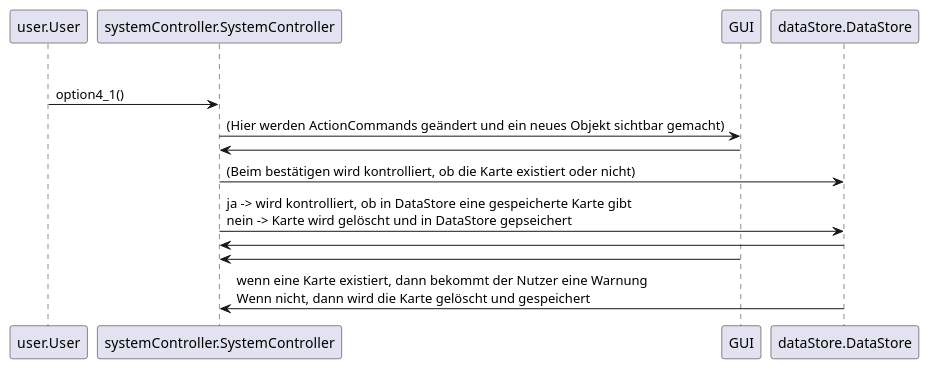
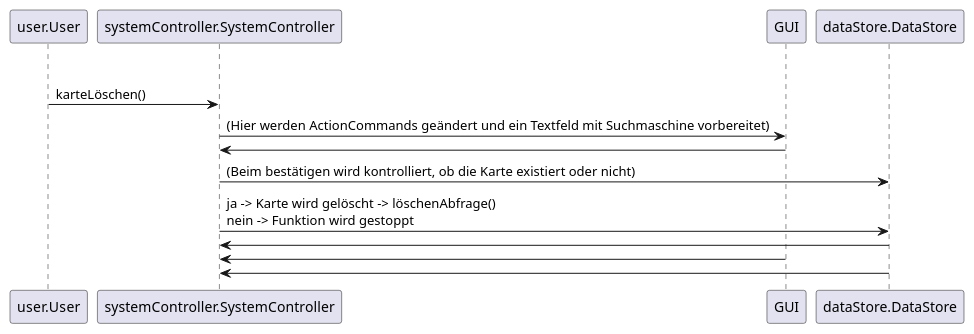
The fourth of 4 diagrams in Docs/Pflichtenheft/Diagramme/Seque.iuml (teach404W/Verwaltungssoftware_Team_2), drawn with PlantUML before and after one commit. The commit also changed other lines of this file and 12 other files, not shown here.

```diff
--- a/Docs/Pflichtenheft/Diagramme/Seque.iuml
+++ b/Docs/Pflichtenheft/Diagramme/Seque.iuml
@@ -103,12 +103,12 @@
 @startuml 
 group Karte löschen [Karte löschen]
-       user.User -> "systemController.SystemController" : option4_1()
-        systemController.SystemController -> GUI : (Hier werden ActionCommands geändert und ein neues Objekt sichtbar gemacht)
+       user.User -> "systemController.SystemController" : karteLöschen()
+        systemController.SystemController -> GUI : (Hier werden ActionCommands geändert und ein Textfeld mit Suchmaschine vorbereitet)
         GUI -> systemController.SystemController : 
         systemController.SystemController -> dataStore.DataStore : (Beim bestätigen wird kontrolliert, ob die Karte existiert oder nicht)
-        systemController.SystemController -> dataStore.DataStore :  ja -> wird kontrolliert, ob in DataStore eine gespeicherte Karte gibt \nnein -> Karte wird gelöscht und in DataStore gepseichert
+        systemController.SystemController -> dataStore.DataStore :  ja -> Karte wird gelöscht -> löschenAbfrage() \nnein -> Funktion wird gestoppt
         dataStore.DataStore -> systemController.SystemController : 
         GUI -> systemController.SystemController : 
-        dataStore.DataStore -> systemController.SystemController : wenn eine Karte existiert, dann bekommt der Nutzer eine Warnung\nWenn nicht, dann wird die Karte gelöscht und gespeichert
+        dataStore.DataStore -> systemController.SystemController :
 
 @enduml
```
